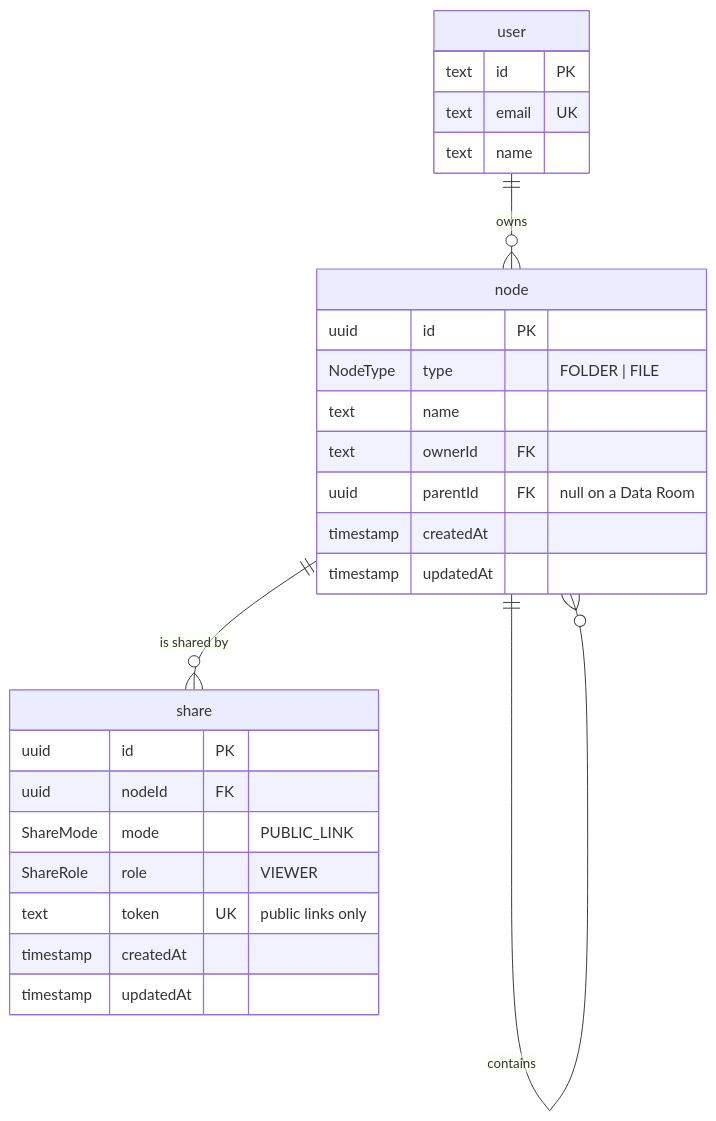
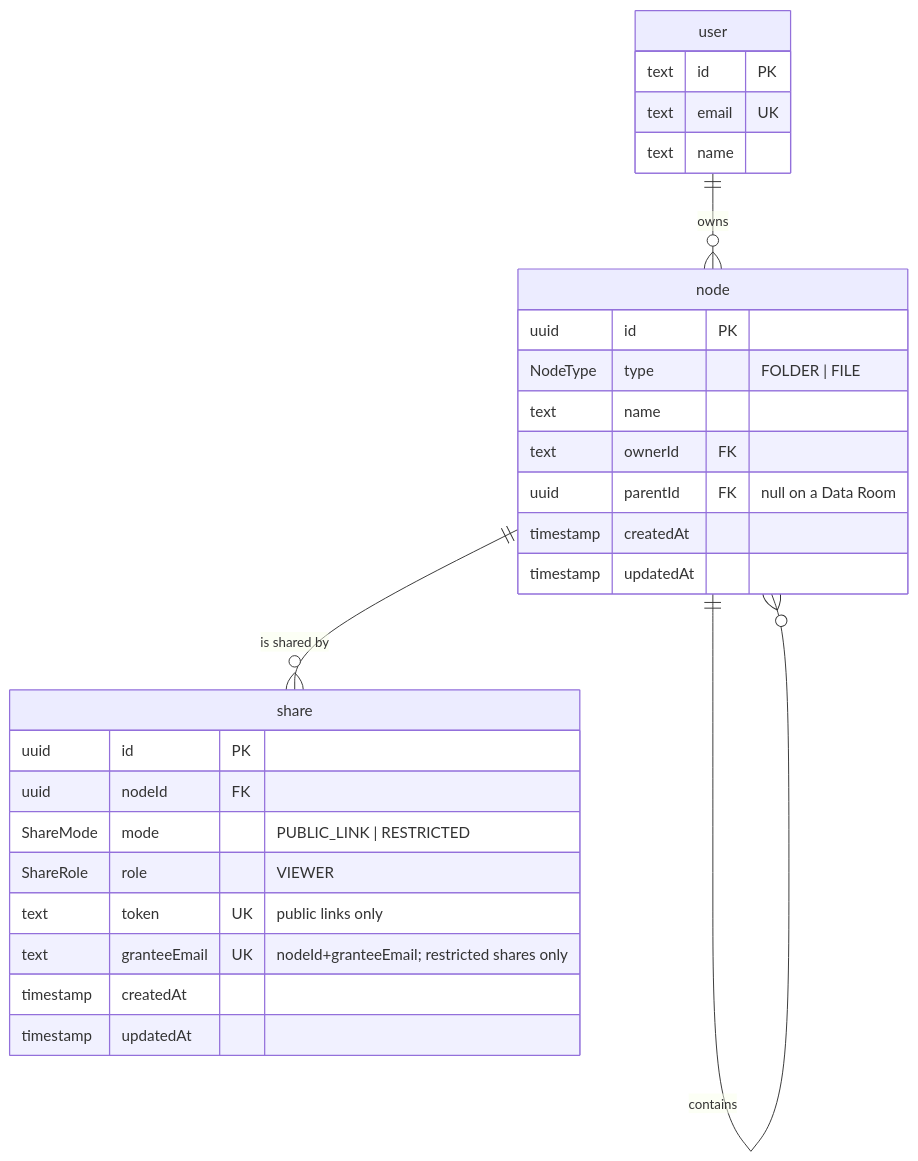
One commit to denleonchev/data-room changed the third of 3 diagrams in docs/architecture.md. Above: the diagram before and after it, drawn with Mermaid. The commit also changed other lines of this file and 3 other files, not shown here.

Commit message:
feat(sharing): add restricted-share grantee column (#54)

````diff
--- a/docs/architecture.md
+++ b/docs/architecture.md
@@ -272,30 +272,31 @@
 ```mermaid
 erDiagram
     user ||--o{ node : owns
     node ||--o{ node : contains
     node ||--o{ share : "is shared by"
 
     user {
         text id PK
         text email UK
         text name
     }
     node {
         uuid id PK
         NodeType type "FOLDER | FILE"
         text name
         text ownerId FK
         uuid parentId FK "null on a Data Room"
         timestamp createdAt
         timestamp updatedAt
     }
     share {
         uuid id PK
         uuid nodeId FK
-        ShareMode mode "PUBLIC_LINK"
+        ShareMode mode "PUBLIC_LINK | RESTRICTED"
         ShareRole role "VIEWER"
         text token UK "public links only"
+        text granteeEmail UK "nodeId+granteeEmail; restricted shares only"
         timestamp createdAt
         timestamp updatedAt
     }
 ```
````
